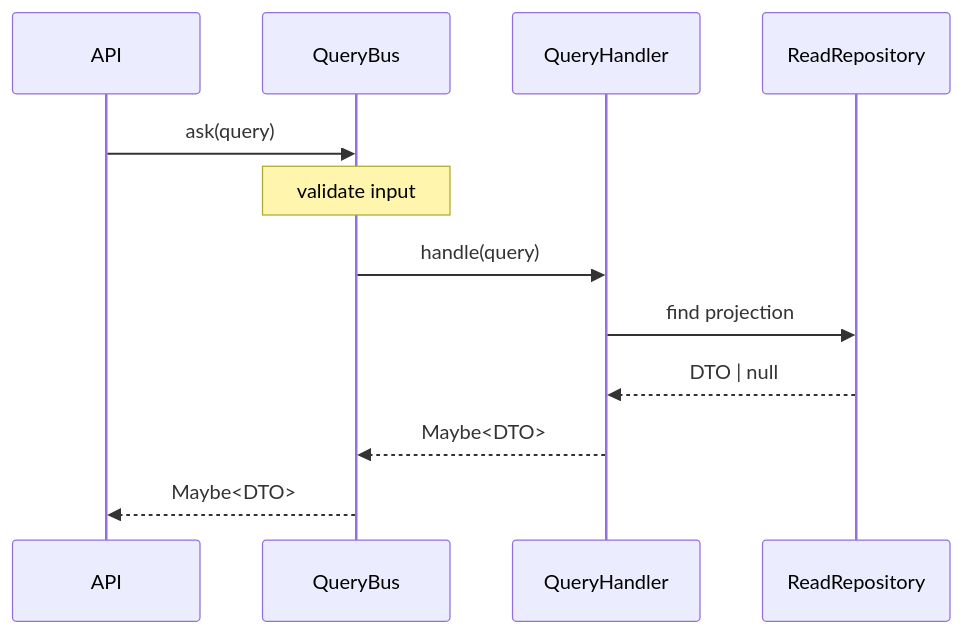
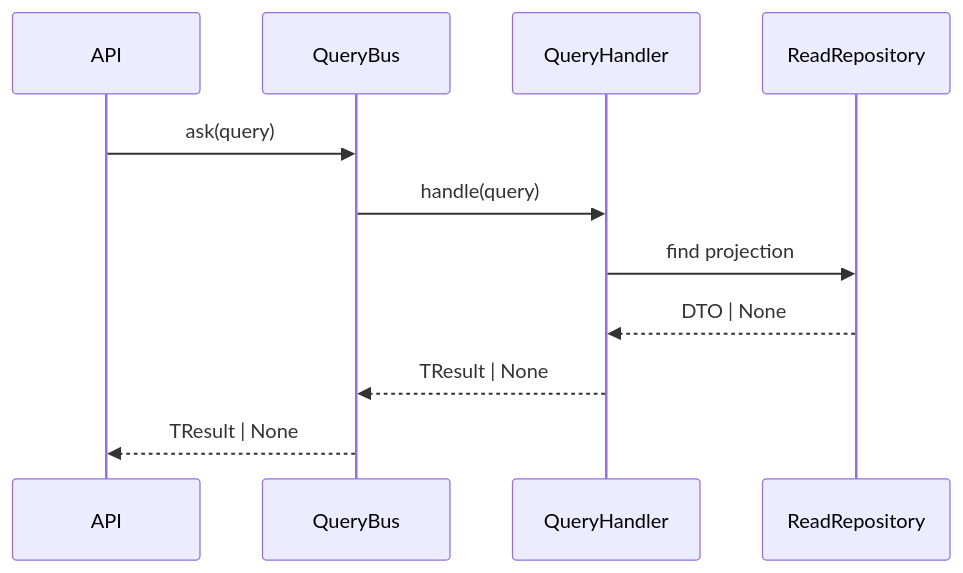
The second of 2 diagrams in docs/best-practices.md (aseguragonzalez/python-seedwork), drawn with Mermaid before and after one commit. The commit also changed other lines of this file and 1 other file, not shown here.

First line of the commit message:
docs: align reference guides with actual seedwork API

````diff
--- a/docs/best-practices.md
+++ b/docs/best-practices.md
@@ -416,15 +393,14 @@
 ```mermaid
 sequenceDiagram
     participant API
     participant Bus as QueryBus
     participant Handler as QueryHandler
     participant ReadRepo as ReadRepository
 
     API->>Bus: ask(query)
-    Note over Bus: validate input
     Bus->>Handler: handle(query)
     Handler->>ReadRepo: find projection
-    ReadRepo-->>Handler: DTO | null
-    Handler-->>Bus: Maybe<DTO>
-    Bus-->>API: Maybe<DTO>
+    ReadRepo-->>Handler: DTO | None
+    Handler-->>Bus: TResult | None
+    Bus-->>API: TResult | None
 ```
````
